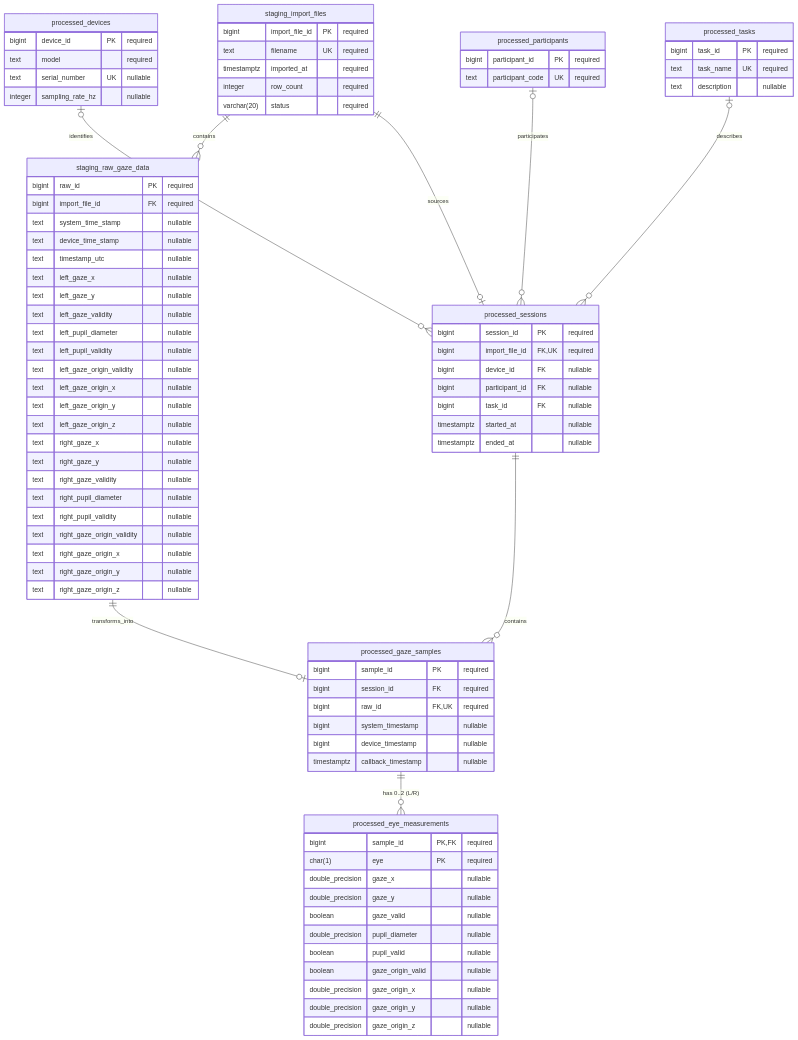
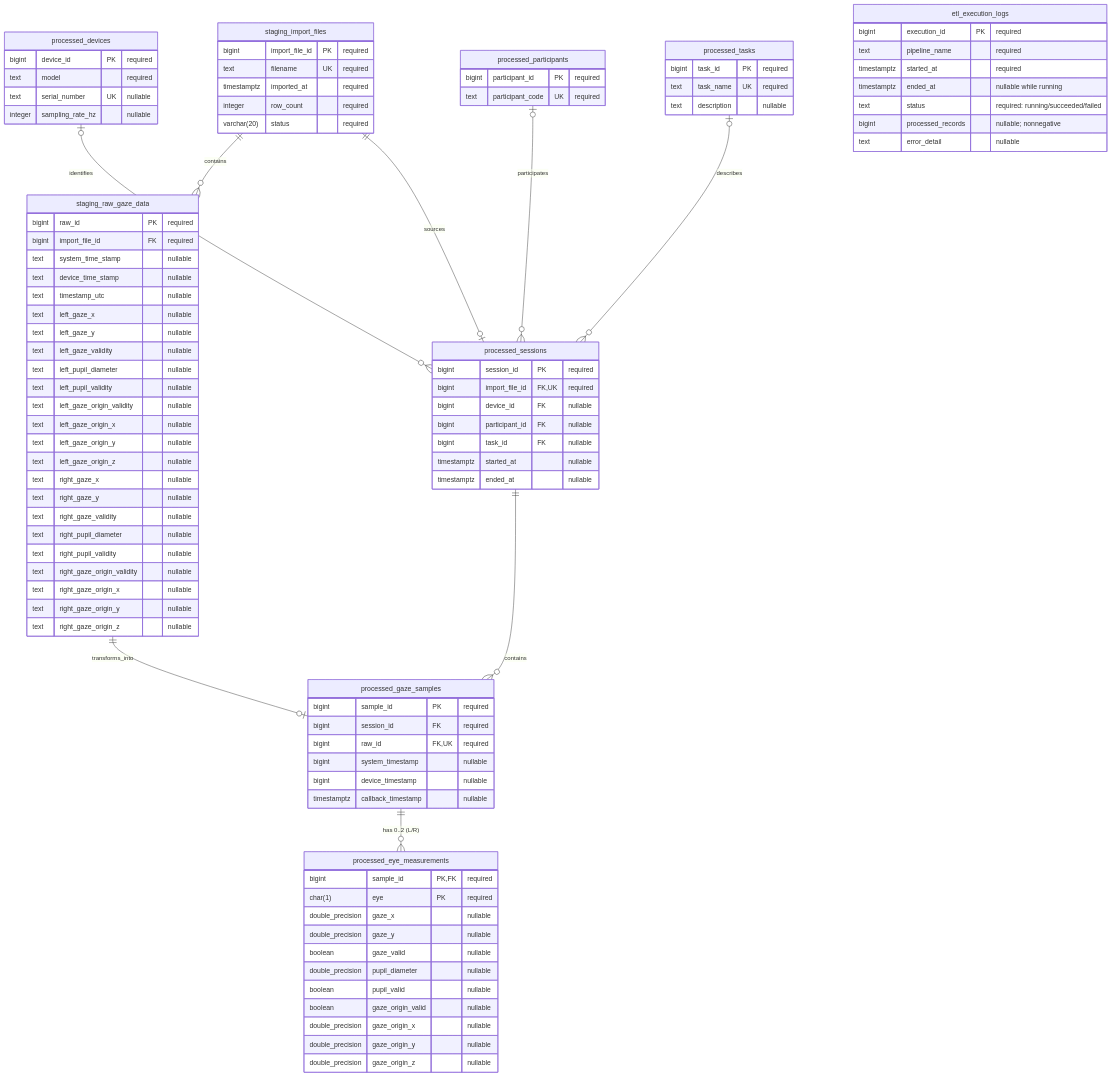
The diagram in docs/er-diagram.mmd (ioanaghi/EyeTrackDB), drawn with Mermaid before and after one commit. The commit also changed 5 other files, not shown here.

```diff
--- a/docs/er-diagram.mmd
+++ b/docs/er-diagram.mmd
@@ -1,88 +1,97 @@
 erDiagram
     %% SQL permits 0..2 eyes per sample; ETL produces exactly L and R.
     %% Optional metadata FK columns are nullable.
     staging_import_files {
         bigint import_file_id PK "required"
         text filename UK "required"
         timestamptz imported_at "required"
         integer row_count "required"
         varchar(20) status "required"
     }
     staging_raw_gaze_data {
         bigint raw_id PK "required"
         bigint import_file_id FK "required"
         text system_time_stamp "nullable"
         text device_time_stamp "nullable"
         text timestamp_utc "nullable"
         text left_gaze_x "nullable"
         text left_gaze_y "nullable"
         text left_gaze_validity "nullable"
         text left_pupil_diameter "nullable"
         text left_pupil_validity "nullable"
         text left_gaze_origin_validity "nullable"
         text left_gaze_origin_x "nullable"
         text left_gaze_origin_y "nullable"
         text left_gaze_origin_z "nullable"
         text right_gaze_x "nullable"
         text right_gaze_y "nullable"
         text right_gaze_validity "nullable"
         text right_pupil_diameter "nullable"
         text right_pupil_validity "nullable"
         text right_gaze_origin_validity "nullable"
         text right_gaze_origin_x "nullable"
         text right_gaze_origin_y "nullable"
         text right_gaze_origin_z "nullable"
     }
     processed_devices {
         bigint device_id PK "required"
         text model "required"
         text serial_number UK "nullable"
         integer sampling_rate_hz "nullable"
     }
     processed_participants {
         bigint participant_id PK "required"
         text participant_code UK "required"
     }
     processed_tasks {
         bigint task_id PK "required"
         text task_name UK "required"
         text description "nullable"
     }
     processed_sessions {
         bigint session_id PK "required"
         bigint import_file_id FK,UK "required"
         bigint device_id FK "nullable"
         bigint participant_id FK "nullable"
         bigint task_id FK "nullable"
         timestamptz started_at "nullable"
         timestamptz ended_at "nullable"
     }
     processed_gaze_samples {
         bigint sample_id PK "required"
         bigint session_id FK "required"
         bigint raw_id FK,UK "required"
         bigint system_timestamp "nullable"
         bigint device_timestamp "nullable"
         timestamptz callback_timestamp "nullable"
     }
     processed_eye_measurements {
         bigint sample_id PK,FK "required"
         char(1) eye PK "required"
         double_precision gaze_x "nullable"
         double_precision gaze_y "nullable"
         boolean gaze_valid "nullable"
         double_precision pupil_diameter "nullable"
         boolean pupil_valid "nullable"
         boolean gaze_origin_valid "nullable"
         double_precision gaze_origin_x "nullable"
         double_precision gaze_origin_y "nullable"
         double_precision gaze_origin_z "nullable"
     }
+    etl_execution_logs {
+        bigint execution_id PK "required"
+        text pipeline_name "required"
+        timestamptz started_at "required"
+        timestamptz ended_at "nullable while running"
+        text status "required: running/succeeded/failed"
+        bigint processed_records "nullable; nonnegative"
+        text error_detail "nullable"
+    }
     staging_import_files ||--o{ staging_raw_gaze_data : contains
     staging_import_files ||--o| processed_sessions : sources
     processed_devices o|--o{ processed_sessions : identifies
     processed_participants o|--o{ processed_sessions : participates
     processed_tasks o|--o{ processed_sessions : describes
     processed_sessions ||--o{ processed_gaze_samples : contains
     staging_raw_gaze_data ||--o| processed_gaze_samples : transforms_into
     processed_gaze_samples ||--o{ processed_eye_measurements : "has 0..2 (L/R)"
```
